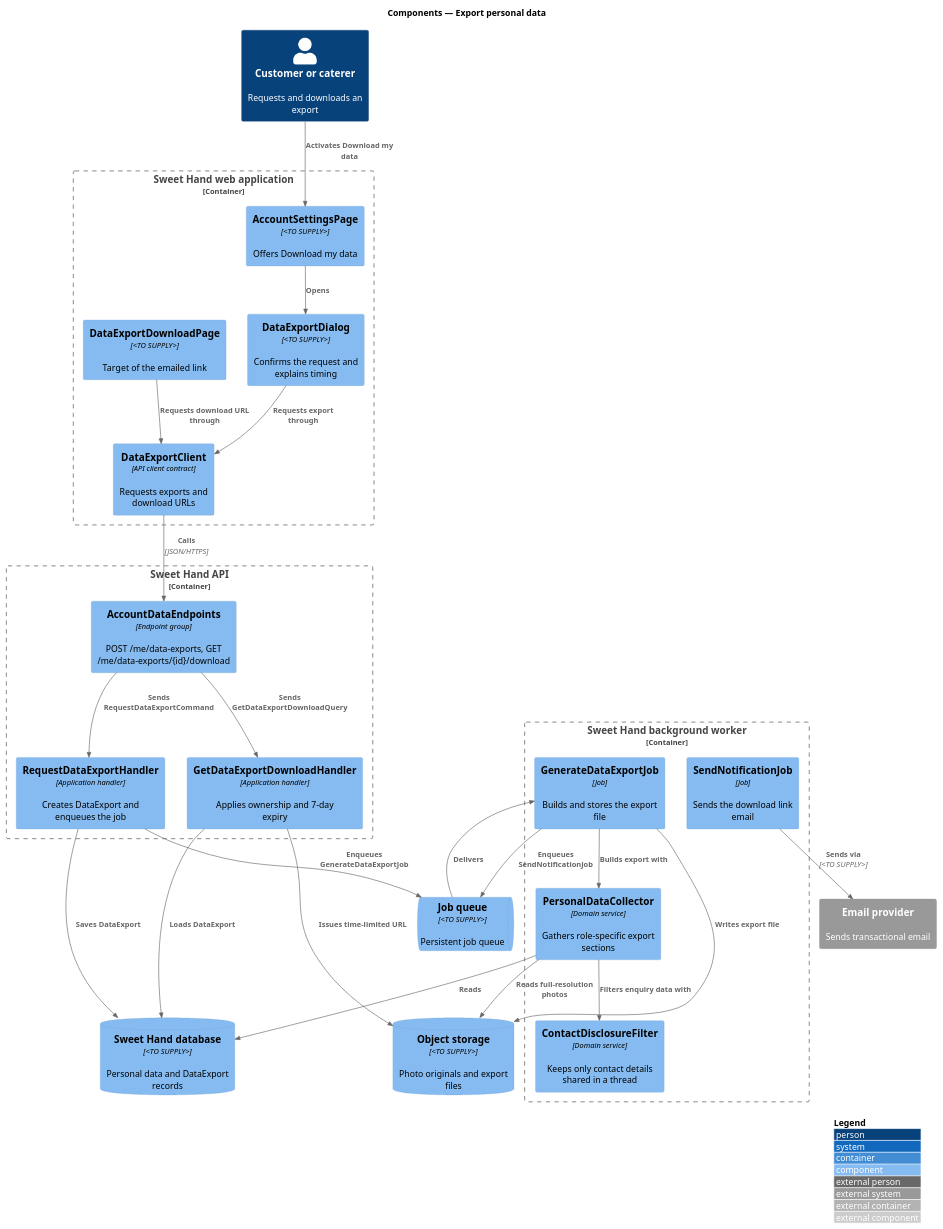
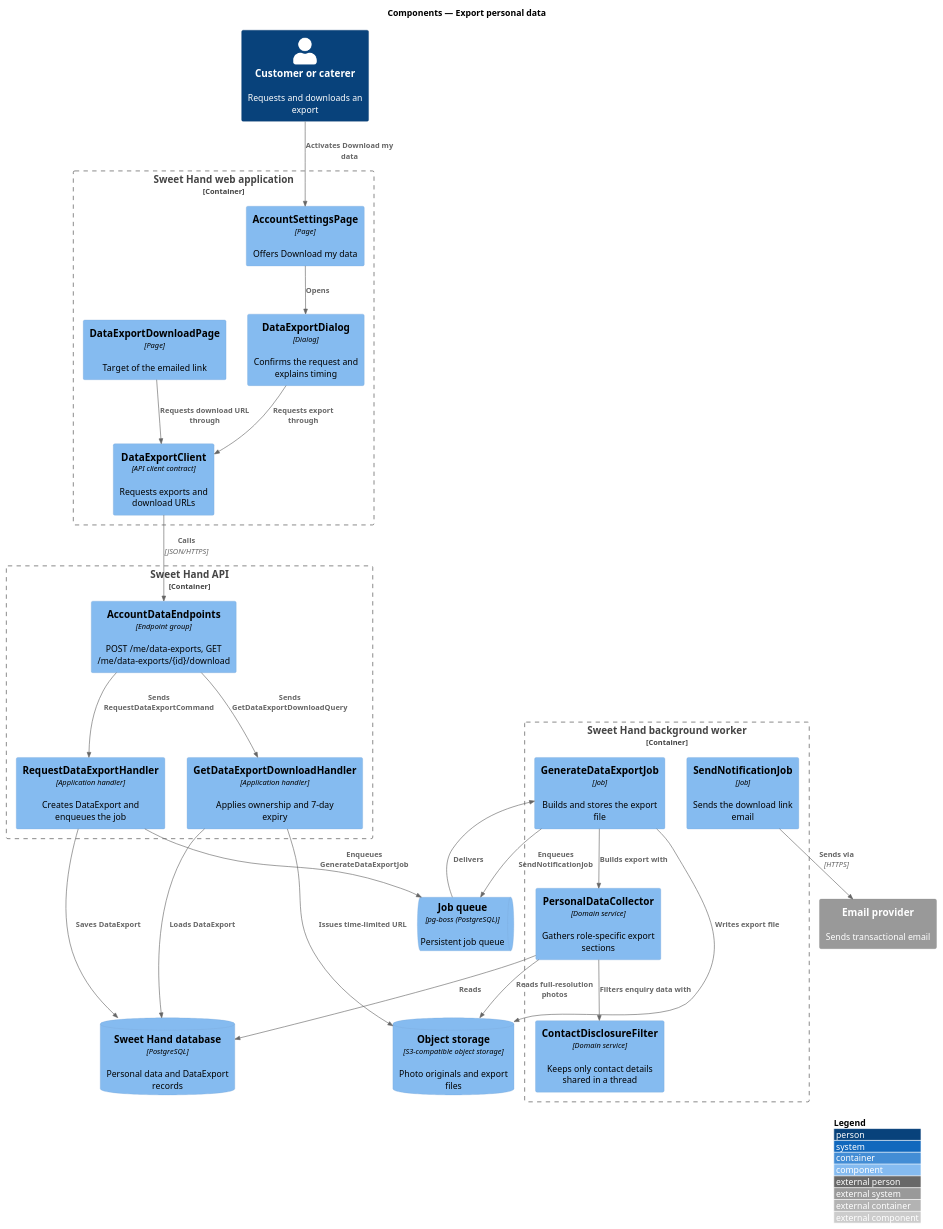
One commit to QuinntyneBrown/sweet-hand changed the diagram in docs/detailed-designs/privacy/export-personal-data/diagrams/c4-component.puml. Above: the diagram before and after it, drawn with PlantUML. The commit also changed 34 other files, not shown here.

```diff
--- a/docs/detailed-designs/privacy/export-personal-data/diagrams/c4-component.puml
+++ b/docs/detailed-designs/privacy/export-personal-data/diagrams/c4-component.puml
@@ -1,52 +1,52 @@
 @startuml
 !include <C4/C4_Component>
 LAYOUT_WITH_LEGEND()
 title Components — Export personal data
 
 Person(user, "Customer or caterer", "Requests and downloads an export")
 
 Container_Boundary(web, "Sweet Hand web application") {
-  Component(settings, "AccountSettingsPage", "<TO SUPPLY>", "Offers Download my data")
-  Component(dialog, "DataExportDialog", "<TO SUPPLY>", "Confirms the request and explains timing")
-  Component(downloadPage, "DataExportDownloadPage", "<TO SUPPLY>", "Target of the emailed link")
+  Component(settings, "AccountSettingsPage", "Page", "Offers Download my data")
+  Component(dialog, "DataExportDialog", "Dialog", "Confirms the request and explains timing")
+  Component(downloadPage, "DataExportDownloadPage", "Page", "Target of the emailed link")
   Component(client, "DataExportClient", "API client contract", "Requests exports and download URLs")
 }
 
 Container_Boundary(api, "Sweet Hand API") {
   Component(endpoints, "AccountDataEndpoints", "Endpoint group", "POST /me/data-exports, GET /me/data-exports/{id}/download")
   Component(requestHandler, "RequestDataExportHandler", "Application handler", "Creates DataExport and enqueues the job")
   Component(downloadHandler, "GetDataExportDownloadHandler", "Application handler", "Applies ownership and 7-day expiry")
 }
 
 Container_Boundary(worker, "Sweet Hand background worker") {
   Component(job, "GenerateDataExportJob", "Job", "Builds and stores the export file")
   Component(collector, "PersonalDataCollector", "Domain service", "Gathers role-specific export sections")
   Component(filter, "ContactDisclosureFilter", "Domain service", "Keeps only contact details shared in a thread")
   Component(notify, "SendNotificationJob", "Job", "Sends the download link email")
 }
 
-ComponentDb(db, "Sweet Hand database", "<TO SUPPLY>", "Personal data and DataExport records")
-ComponentDb(storage, "Object storage", "<TO SUPPLY>", "Photo originals and export files")
-ComponentQueue(queue, "Job queue", "<TO SUPPLY>", "Persistent job queue")
+ComponentDb(db, "Sweet Hand database", "PostgreSQL", "Personal data and DataExport records")
+ComponentDb(storage, "Object storage", "S3-compatible object storage", "Photo originals and export files")
+ComponentQueue(queue, "Job queue", "pg-boss (PostgreSQL)", "Persistent job queue")
 System_Ext(email, "Email provider", "Sends transactional email")
 
 Rel(user, settings, "Activates Download my data")
 Rel(settings, dialog, "Opens")
 Rel(dialog, client, "Requests export through")
 Rel(downloadPage, client, "Requests download URL through")
 Rel(client, endpoints, "Calls", "JSON/HTTPS")
 Rel(endpoints, requestHandler, "Sends RequestDataExportCommand")
 Rel(endpoints, downloadHandler, "Sends GetDataExportDownloadQuery")
 Rel(requestHandler, db, "Saves DataExport")
 Rel(requestHandler, queue, "Enqueues GenerateDataExportJob")
 Rel(downloadHandler, db, "Loads DataExport")
 Rel(downloadHandler, storage, "Issues time-limited URL")
 Rel(queue, job, "Delivers")
 Rel(job, collector, "Builds export with")
 Rel(collector, filter, "Filters enquiry data with")
 Rel(collector, db, "Reads")
 Rel(collector, storage, "Reads full-resolution photos")
 Rel(job, storage, "Writes export file")
 Rel(job, queue, "Enqueues SendNotificationJob")
-Rel(notify, email, "Sends via", "<TO SUPPLY>")
+Rel(notify, email, "Sends via", "HTTPS")
 @enduml
```
